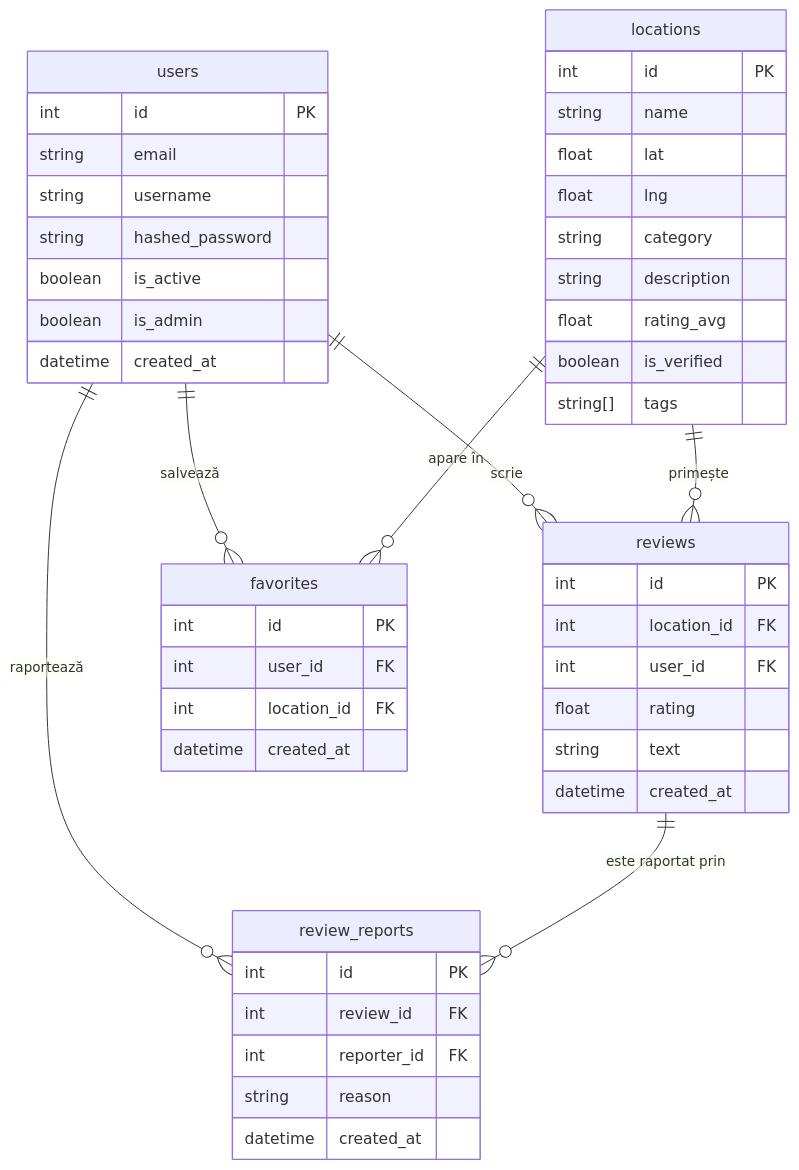
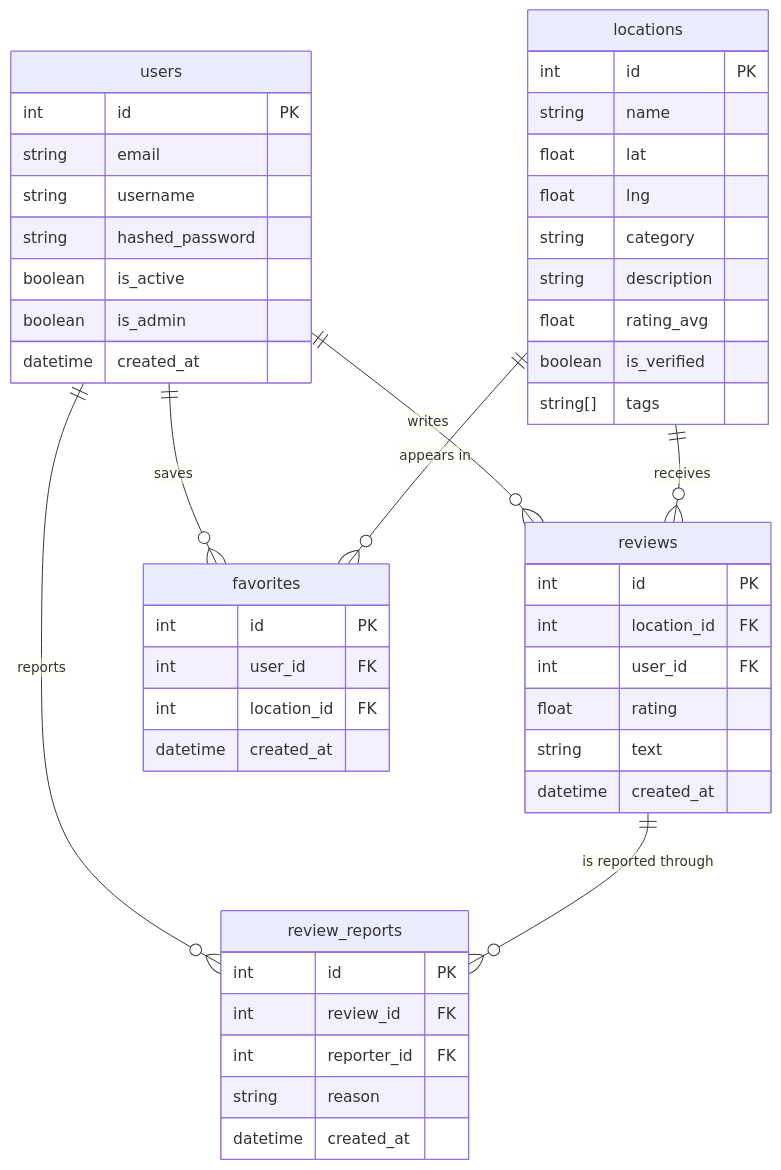
The third of 3 diagrams in README.md (LucaSerban1/Harta-Interactiva-Brasov), drawn with Mermaid before and after one commit. The commit also changed other lines of this file and 2 other files, not shown here.

````diff
--- a/README.md
+++ b/README.md
@@ -179,55 +179,55 @@
 ```mermaid
 erDiagram
     users {
         int id PK
         string email
         string username
         string hashed_password
         boolean is_active
         boolean is_admin
         datetime created_at
     }
 
     locations {
         int id PK
         string name
         float lat
         float lng
         string category
         string description
         float rating_avg
         boolean is_verified
         string[] tags
     }
 
     reviews {
         int id PK
         int location_id FK
         int user_id FK
         float rating
         string text
         datetime created_at
     }
 
     favorites {
         int id PK
         int user_id FK
         int location_id FK
         datetime created_at
     }
 
     review_reports {
         int id PK
         int review_id FK
         int reporter_id FK
         string reason
         datetime created_at
     }
 
-    users ||--o{ reviews : "scrie"
-    users ||--o{ favorites : "salvează"
-    users ||--o{ review_reports : "raportează"
-    locations ||--o{ reviews : "primește"
-    locations ||--o{ favorites : "apare în"
-    reviews ||--o{ review_reports : "este raportat prin"
+    users ||--o{ reviews : "writes"
+    users ||--o{ favorites : "saves"
+    users ||--o{ review_reports : "reports"
+    locations ||--o{ reviews : "receives"
+    locations ||--o{ favorites : "appears in"
+    reviews ||--o{ review_reports : "is reported through"
 ```
````
